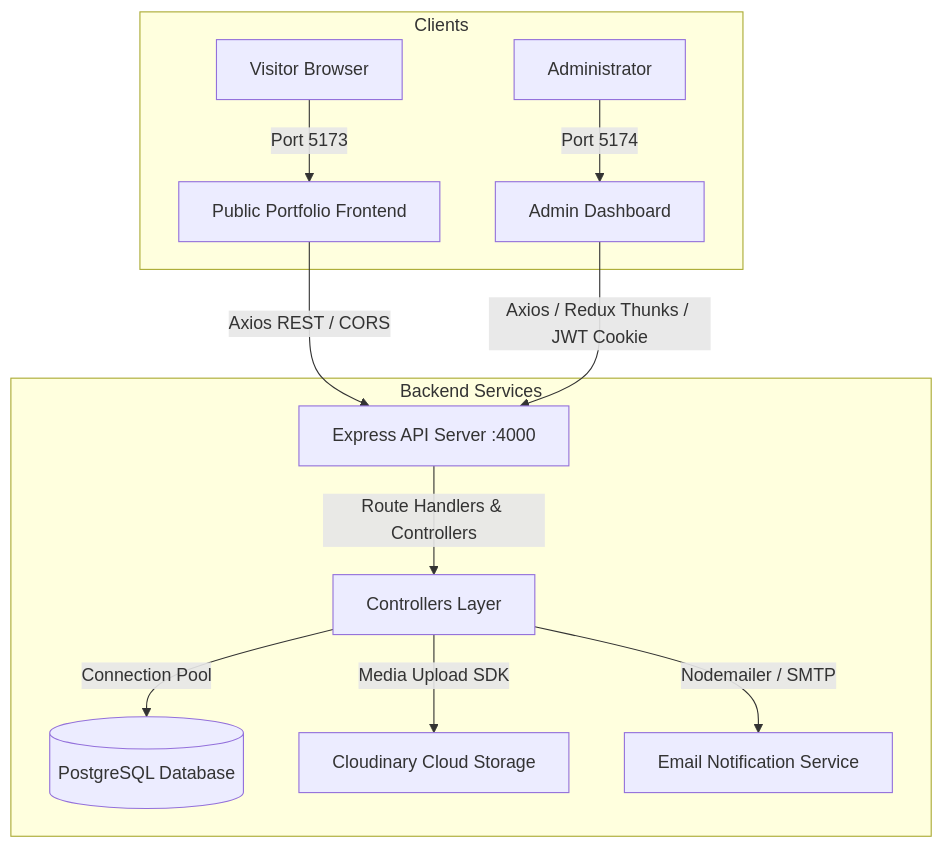
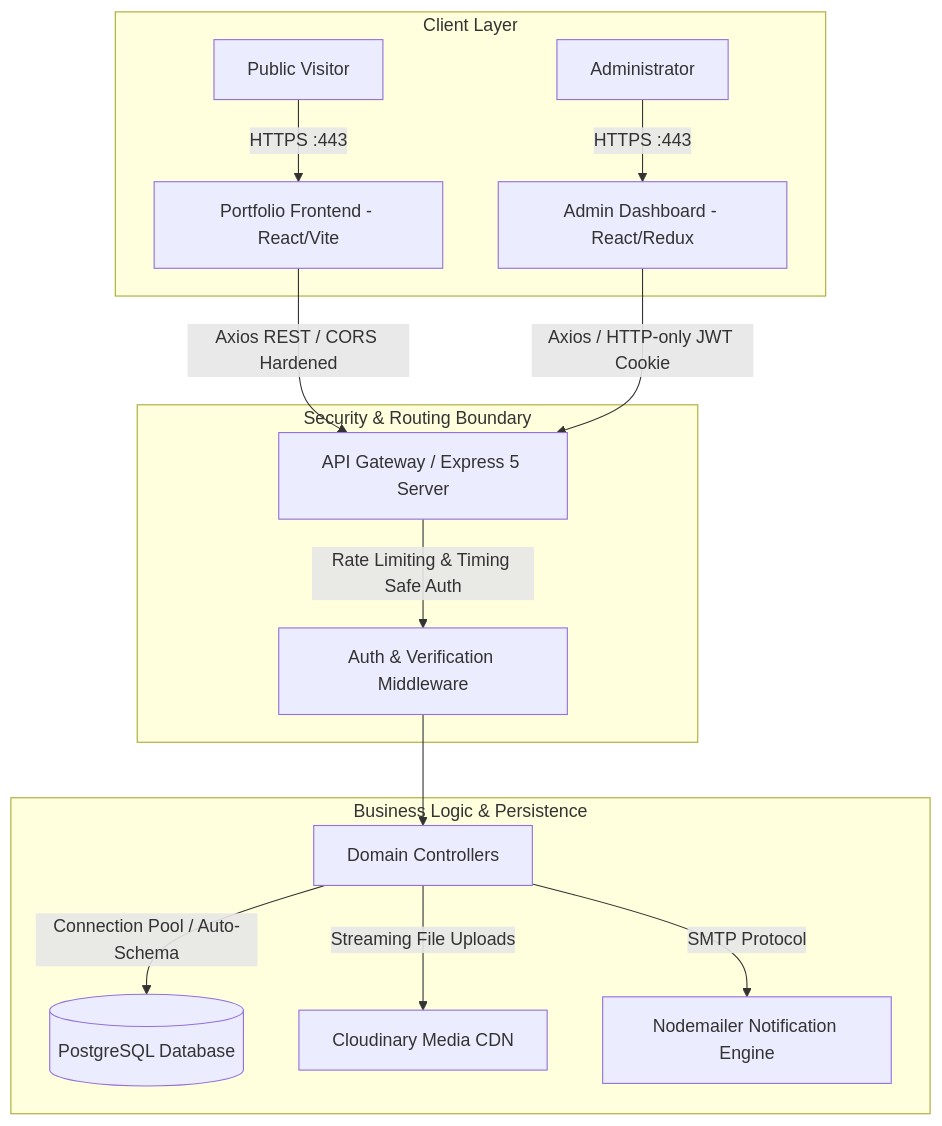
The diagram in README.md (jharajiv315/Portfolio), drawn with Mermaid before and after one commit. The commit also changed other lines of this file, not shown here.

Commit message:
docs: modernize README with professional software engineering architecture, security, and API specifications

````diff
--- a/README.md
+++ b/README.md
@@ -19,16 +28,20 @@
 ```mermaid
 graph TD
-    subgraph Clients
-        A[Visitor Browser] -->|Port 5173| B[Public Portfolio Frontend]
-        C[Administrator] -->|Port 5174| D[Admin Dashboard]
+    subgraph Client Layer
+        A[Public Visitor] -->|HTTPS :443| B[Portfolio Frontend - React/Vite]
+        C[Administrator] -->|HTTPS :443| D[Admin Dashboard - React/Redux]
     end
 
-    subgraph Backend Services
-        B -->|Axios REST / CORS| E[Express API Server :4000]
-        D -->|Axios / Redux Thunks / JWT Cookie| E
-        E -->|Route Handlers & Controllers| F[Controllers Layer]
-        F -->|Connection Pool| G[(PostgreSQL Database)]
-        F -->|Media Upload SDK| H[Cloudinary Cloud Storage]
-        F -->|Nodemailer / SMTP| I[Email Notification Service]
+    subgraph Security & Routing Boundary
+        B -->|Axios REST / CORS Hardened| E[API Gateway / Express 5 Server]
+        D -->|Axios / HTTP-only JWT Cookie| E
+        E -->|Rate Limiting & Timing Safe Auth| F[Auth & Verification Middleware]
+    end
+
+    subgraph Business Logic & Persistence
+        F --> G[Domain Controllers]
+        G -->|Connection Pool / Auto-Schema| H[(PostgreSQL Database)]
+        G -->|Streaming File Uploads| I[Cloudinary Media CDN]
+        G -->|SMTP Protocol| J[Nodemailer Notification Engine]
     end
 ```
````
